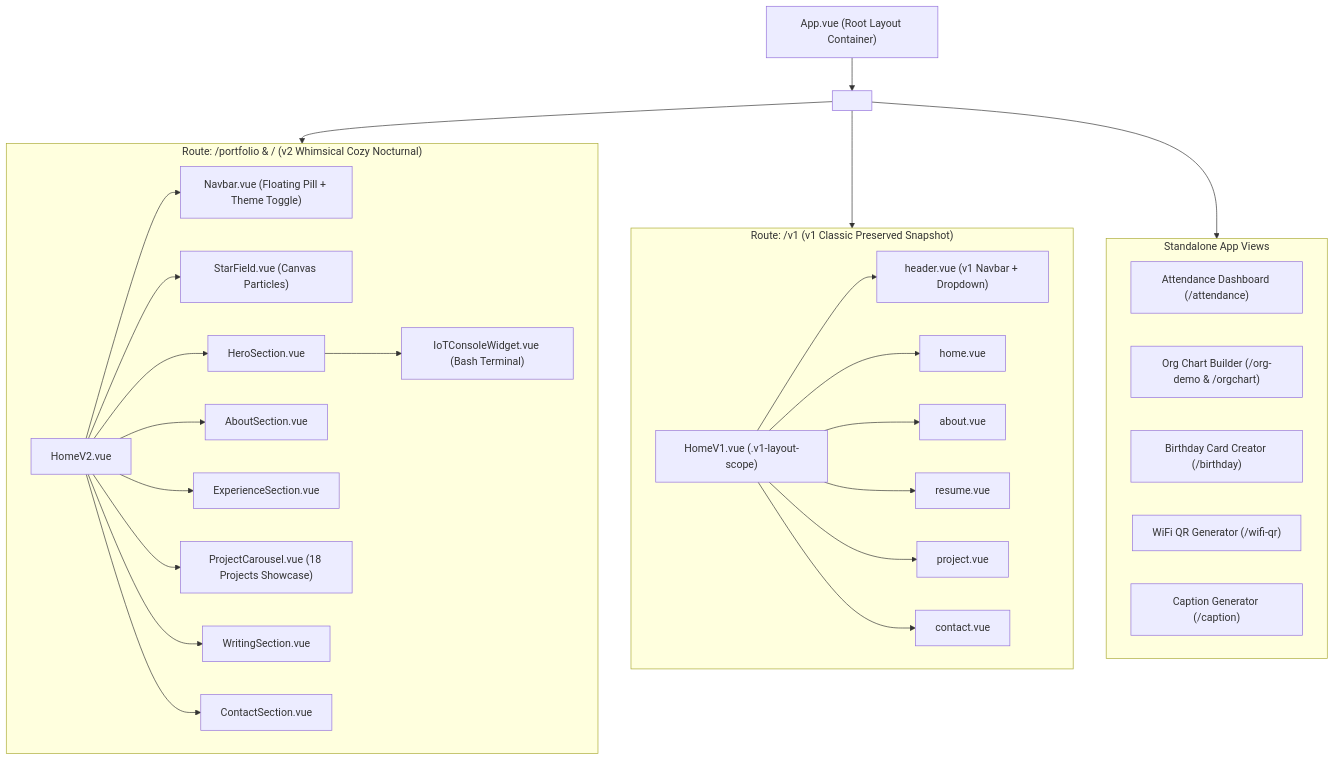
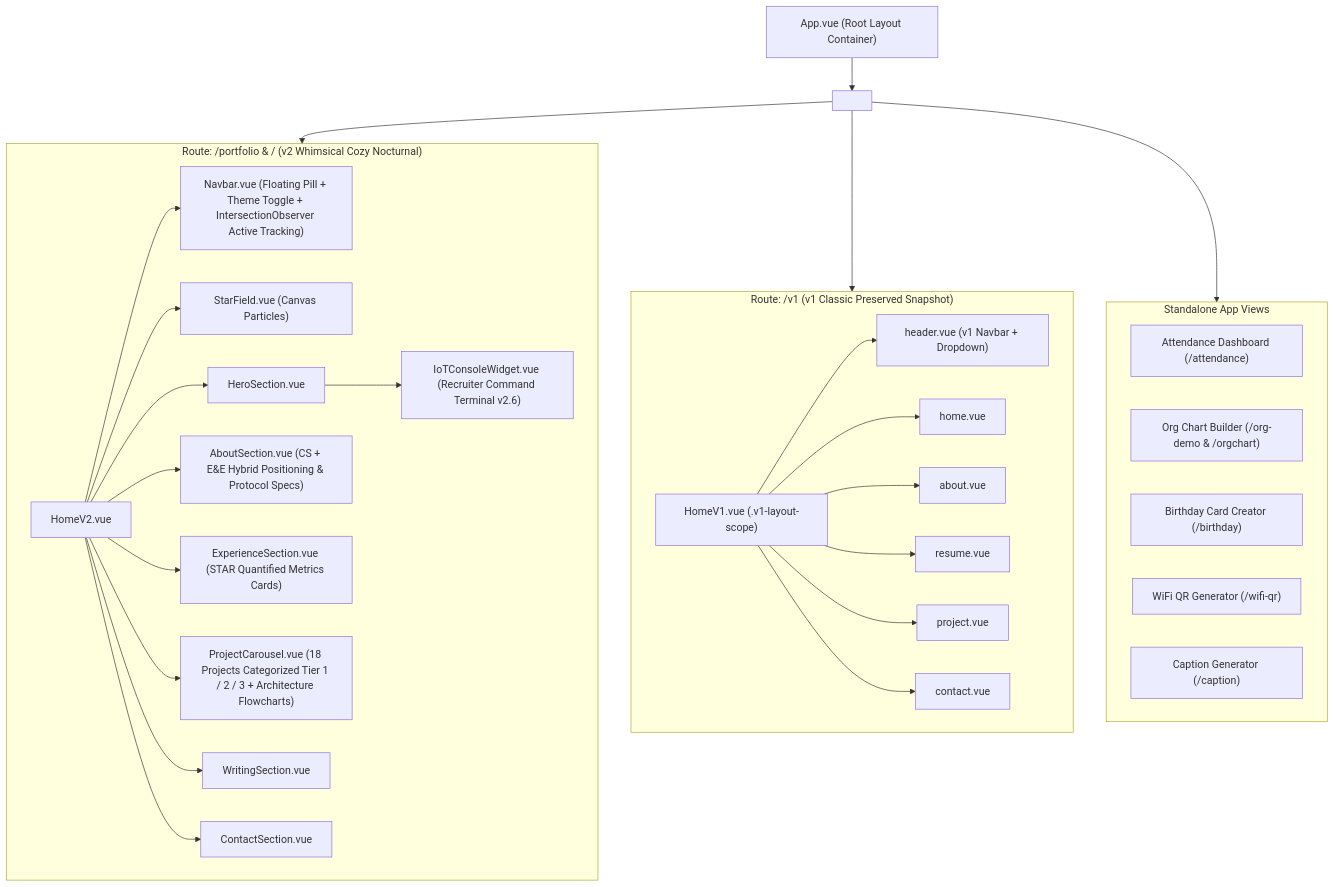
Before and after one commit to Hazman97/hazman5540: the diagram in docs/FRONTEND.md, drawn with Mermaid. The commit also changed other lines of this file and 3 other files, not shown here.

Commit message:
docs: initialize project documentation suite including architecture, tracking, and readme files

````diff
--- a/docs/FRONTEND.md
+++ b/docs/FRONTEND.md
@@ -11,37 +11,37 @@
 ```mermaid
 graph TD
     App["App.vue (Root Layout Container)"] --> RouterView["<router-view />"]
     
     subgraph V2Route ["Route: /portfolio & / (v2 Whimsical Cozy Nocturnal)"]
-        HomeV2["HomeV2.vue"] --> Navbar["Navbar.vue (Floating Pill + Theme Toggle)"]
+        HomeV2["HomeV2.vue"] --> Navbar["Navbar.vue (Floating Pill + Theme Toggle + IntersectionObserver Active Tracking)"]
         HomeV2 --> StarField["StarField.vue (Canvas Particles)"]
         HomeV2 --> Hero["HeroSection.vue"]
-        Hero --> IoTWidget["IoTConsoleWidget.vue (Bash Terminal)"]
-        HomeV2 --> About["AboutSection.vue"]
-        HomeV2 --> Experience["ExperienceSection.vue"]
-        HomeV2 --> Projects["ProjectCarousel.vue (18 Projects Showcase)"]
+        Hero --> IoTWidget["IoTConsoleWidget.vue (Recruiter Command Terminal v2.6)"]
+        HomeV2 --> About["AboutSection.vue (CS + E&E Hybrid Positioning & Protocol Specs)"]
+        HomeV2 --> Experience["ExperienceSection.vue (STAR Quantified Metrics Cards)"]
+        HomeV2 --> Projects["ProjectCarousel.vue (18 Projects Categorized Tier 1 / 2 / 3 + Architecture Flowcharts)"]
         HomeV2 --> Writing["WritingSection.vue"]
         HomeV2 --> Contact["ContactSection.vue"]
     end
 
     subgraph V1Route ["Route: /v1 (v1 Classic Preserved Snapshot)"]
         HomeV1["HomeV1.vue (.v1-layout-scope)"] --> HeaderV1["header.vue (v1 Navbar + Dropdown)"]
         HomeV1 --> HeroV1["home.vue"]
         HomeV1 --> AboutV1["about.vue"]
         HomeV1 --> ResumeV1["resume.vue"]
         HomeV1 --> ProjectV1["project.vue"]
         HomeV1 --> ContactV1["contact.vue"]
     end
 
     subgraph MiniApps ["Standalone App Views"]
         Attendance["Attendance Dashboard (/attendance)"]
         OrgChart["Org Chart Builder (/org-demo & /orgchart)"]
         Birthday["Birthday Card Creator (/birthday)"]
         WifiQR["WiFi QR Generator (/wifi-qr)"]
         Caption["Caption Generator (/caption)"]
     end
 
     RouterView --> V2Route
     RouterView --> V1Route
     RouterView --> MiniApps
 ```
````
